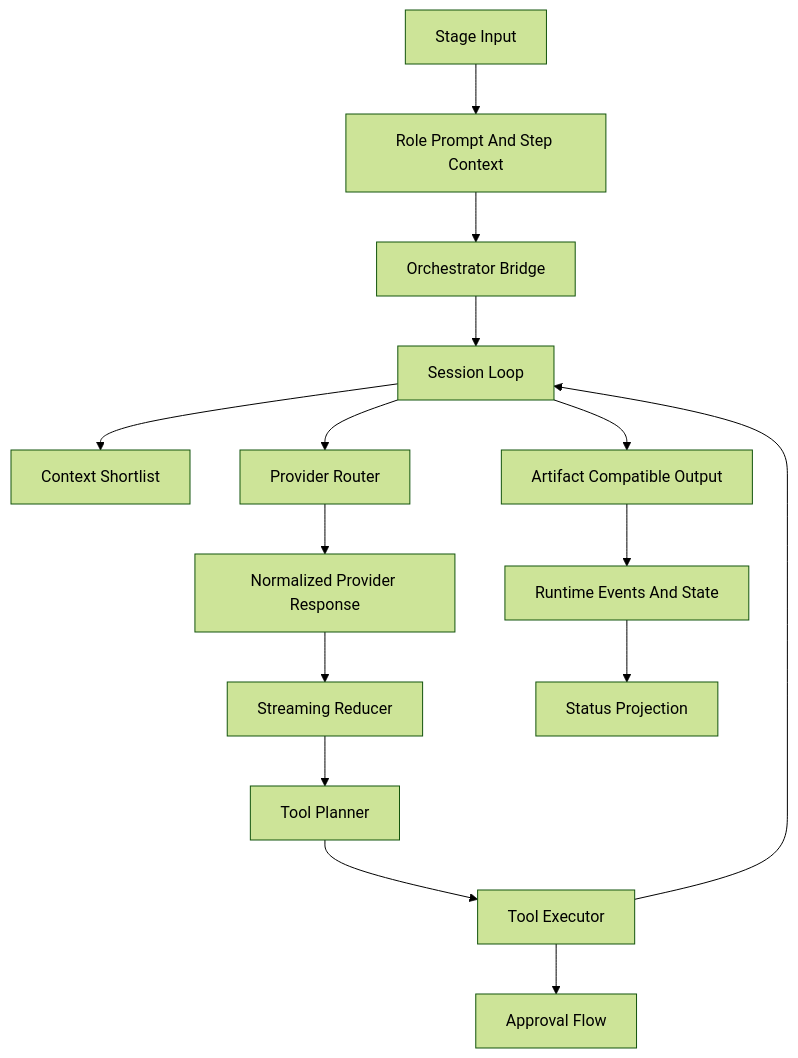
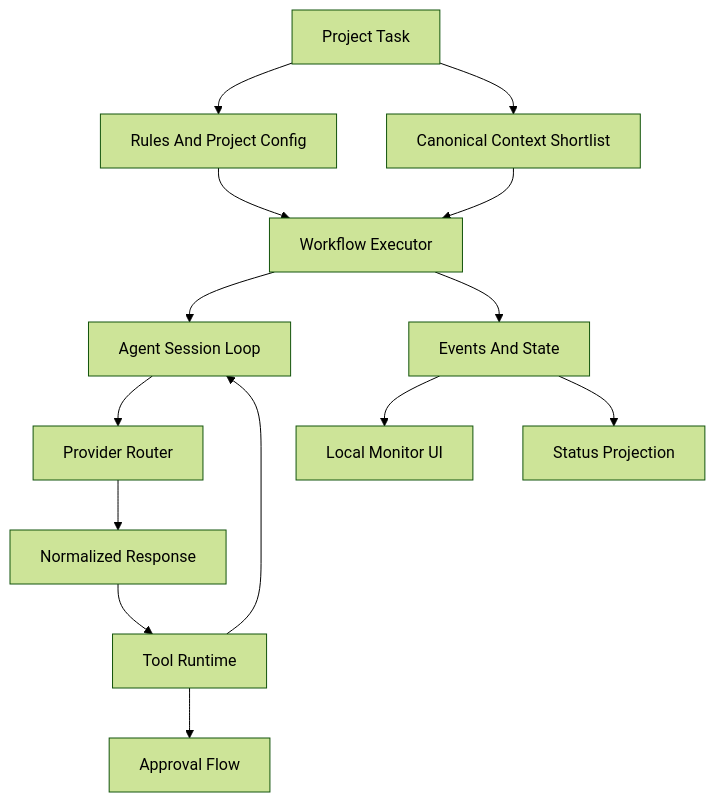
One commit to artsmi/ailit-agent changed the second of 2 diagrams in plan/agent-core-architecture.md. Above: the diagram before and after it, drawn with Mermaid (forest theme). The commit also changed other lines of this file and 4 other files, not shown here.

````diff
--- a/plan/agent-core-architecture.md
+++ b/plan/agent-core-architecture.md
@@ -247,17 +331,16 @@
 ```mermaid
 flowchart TD
-    StartInput["Stage Input"] --> RolePrompt["Role Prompt And Step Context"]
-    RolePrompt --> Bridge["Orchestrator Bridge"]
-    Bridge --> SessionLoop["Session Loop"]
-    SessionLoop --> ContextShortlist["Context Shortlist"]
-    SessionLoop --> ProviderRouter["Provider Router"]
-    ProviderRouter --> ProviderResponse["Normalized Provider Response"]
-    ProviderResponse --> StreamReducer["Streaming Reducer"]
-    StreamReducer --> ToolPlanner["Tool Planner"]
-    ToolPlanner --> ToolExecutor["Tool Executor"]
-    ToolExecutor --> ApprovalFlow["Approval Flow"]
-    ToolExecutor --> SessionLoop
-    SessionLoop --> ArtifactOutput["Artifact Compatible Output"]
-    ArtifactOutput --> RuntimeEvents["Runtime Events And State"]
+    ProjectInput["Project Task"] --> ProjectPolicy["Rules And Project Config"]
+    ProjectInput --> ContextShortlist["Canonical Context Shortlist"]
+    ProjectPolicy --> WorkflowExecutor["Workflow Executor"]
+    ContextShortlist --> WorkflowExecutor
+    WorkflowExecutor --> AgentSession["Agent Session Loop"]
+    AgentSession --> ProviderRouter["Provider Router"]
+    ProviderRouter --> NormalizedResponse["Normalized Response"]
+    NormalizedResponse --> ToolRuntime["Tool Runtime"]
+    ToolRuntime --> ApprovalFlow["Approval Flow"]
+    ToolRuntime --> AgentSession
+    WorkflowExecutor --> RuntimeEvents["Events And State"]
+    RuntimeEvents --> VisualMonitor["Local Monitor UI"]
     RuntimeEvents --> StatusProjection["Status Projection"]
 ```
````
